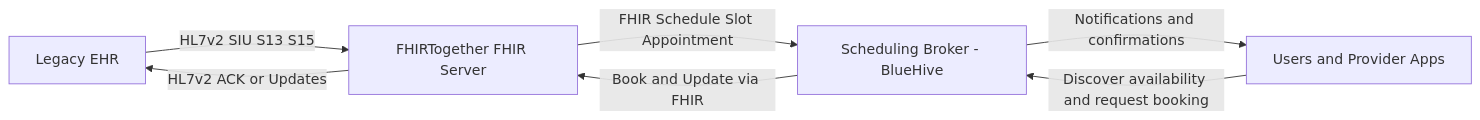
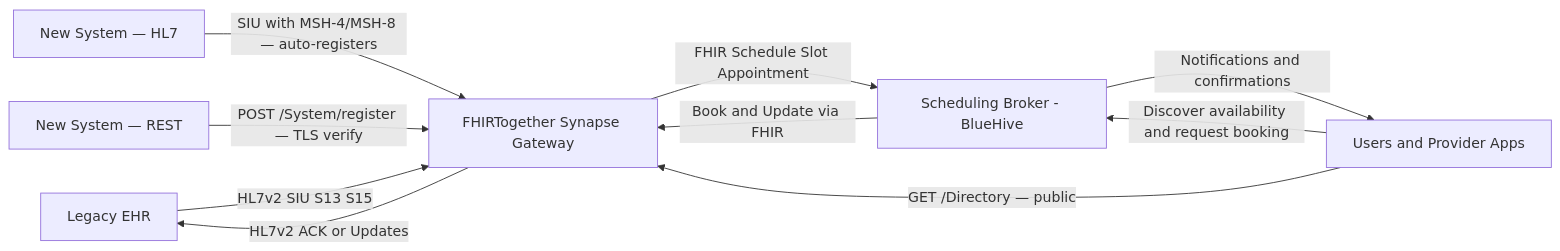
Before and after one commit to mieweb/FHIRTogether: the second of 2 diagrams in README.md, drawn with Mermaid. The commit also changed other lines of this file and 26 other files, not shown here.

````diff
--- a/README.md
+++ b/README.md
@@ -67,14 +71,19 @@
 ```mermaid
 flowchart LR
   A[Legacy EHR]
-  B[FHIRTogether FHIR Server]
+  B[FHIRTogether Synapse Gateway]
   C[Scheduling Broker - BlueHive]
   D[Users and Provider Apps]
+  E[New System — HL7]
+  F[New System — REST]
 
+  E -->|SIU with MSH-4/MSH-8 — auto-registers| B
+  F -->|POST /System/register — TLS verify| B
   A -->|HL7v2 SIU S13 S15| B
   B -->|FHIR Schedule Slot Appointment| C
   C -->|Book and Update via FHIR| B
   B -->|HL7v2 ACK or Updates| A
   D -->|Discover availability and request booking| C
+  D -->|GET /Directory — public| B
   C -->|Notifications and confirmations| D
 ```
````
